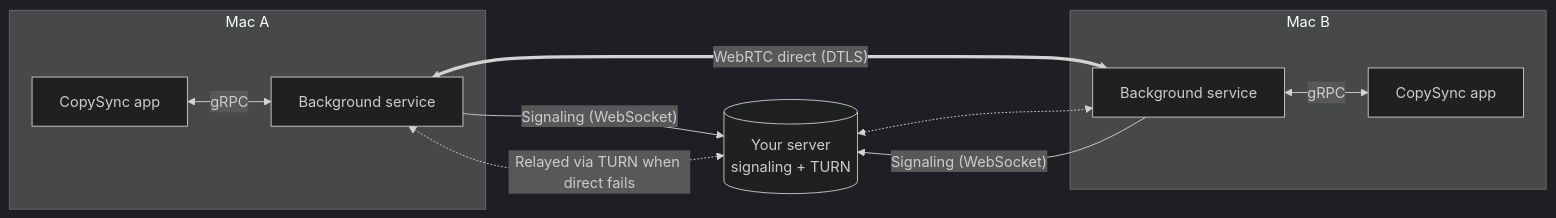
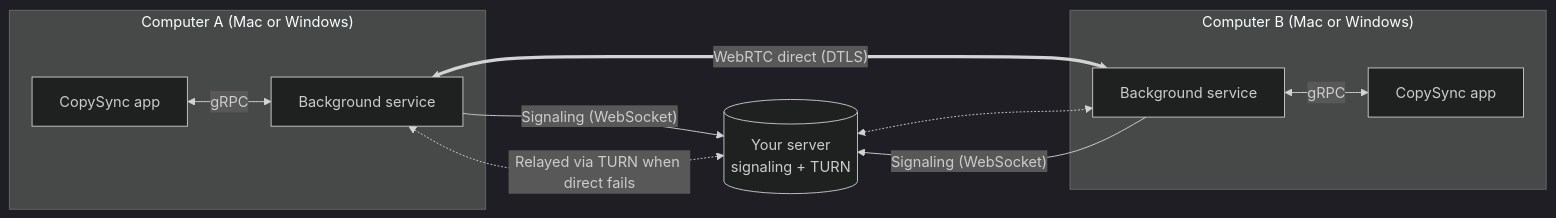
One commit to baiyuze/copysync changed the diagram in README.en.md. Above: the diagram before and after it, drawn with Mermaid (dark theme). The commit also changed other lines of this file and 11 other files, not shown here.

````diff
--- a/README.en.md
+++ b/README.en.md
@@ -132,15 +152,15 @@
 ```mermaid
 flowchart LR
-    subgraph A["Mac A"]
+    subgraph A["Computer A (Mac or Windows)"]
         UA["CopySync app"] <-- "gRPC" --> DA["Background service"]
     end
-    subgraph B["Mac B"]
+    subgraph B["Computer B (Mac or Windows)"]
         DB["Background service"] <-- "gRPC" --> UB["CopySync app"]
     end
     S[("Your server\nsignaling + TURN")]
     DA -- "Signaling (WebSocket)" --> S
     DB -- "Signaling (WebSocket)" --> S
     DA <== "WebRTC direct (DTLS)" ==> DB
     DA <-. "Relayed via TURN when direct fails" .-> S
     S <-.-> DB
 ```
````
